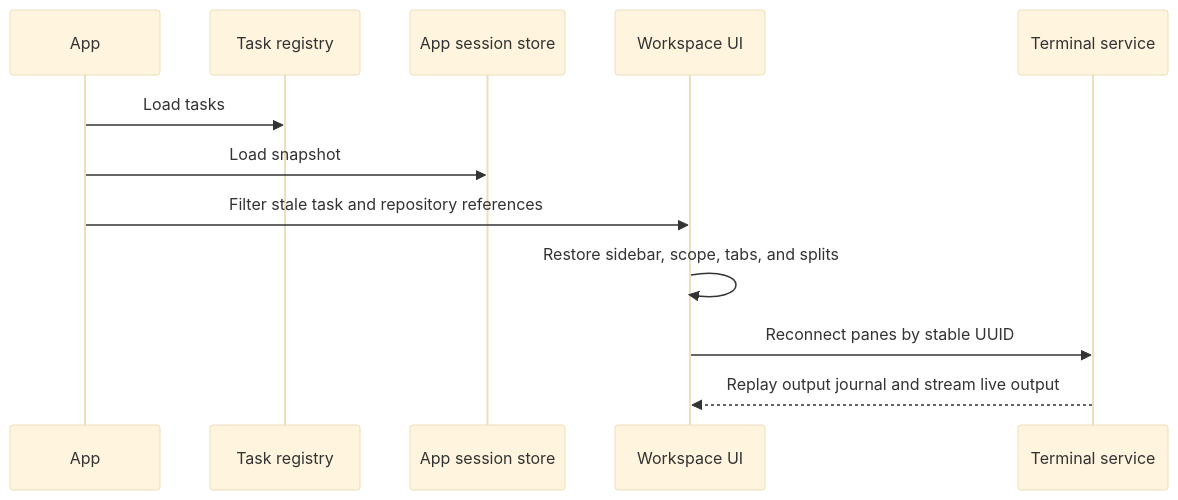
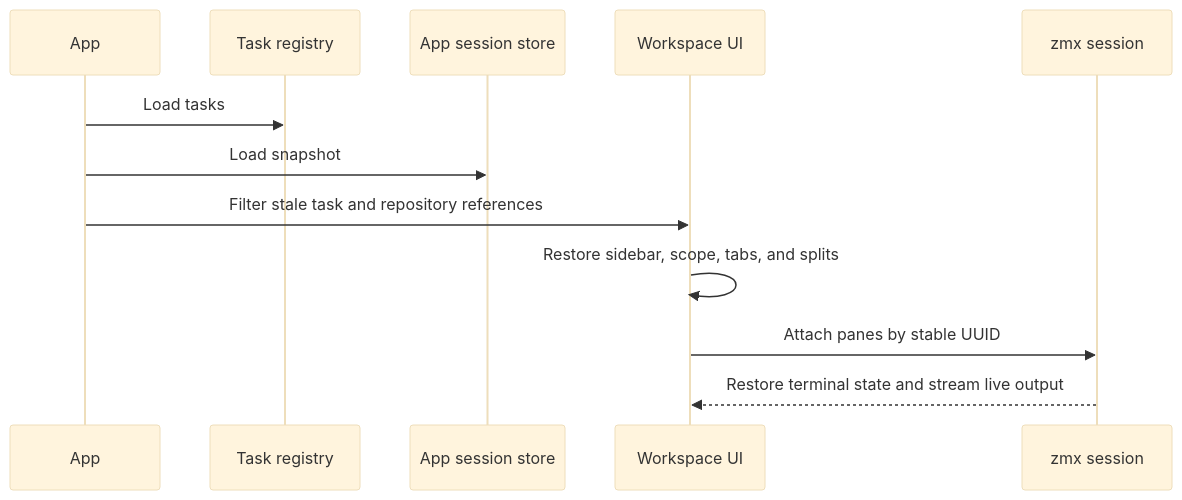
Before and after one commit to gh0stonio/pinata: the fifth of 5 diagrams in docs/application-architecture.md, drawn with Mermaid (base theme). The commit also changed other lines of this file and 24 other files, not shown here.

````diff
--- a/docs/application-architecture.md
+++ b/docs/application-architecture.md
@@ -130,15 +140,15 @@
 ```mermaid
 sequenceDiagram
     participant App
     participant Tasks as Task registry
     participant Session as App session store
     participant UI as Workspace UI
-    participant Terminal as Terminal service
+    participant Zmx as zmx session
 
     App->>Tasks: Load tasks
     App->>Session: Load snapshot
     App->>UI: Filter stale task and repository references
     UI->>UI: Restore sidebar, scope, tabs, and splits
-    UI->>Terminal: Reconnect panes by stable UUID
-    Terminal-->>UI: Replay output journal and stream live output
+    UI->>Zmx: Attach panes by stable UUID
+    Zmx-->>UI: Restore terminal state and stream live output
 ```
````
